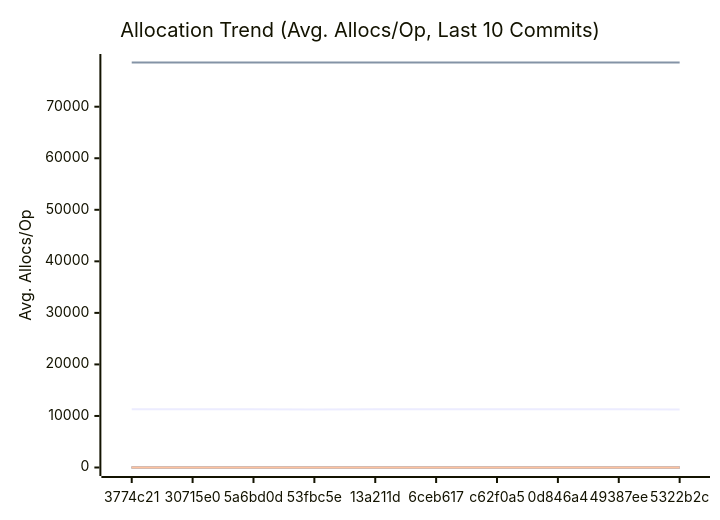
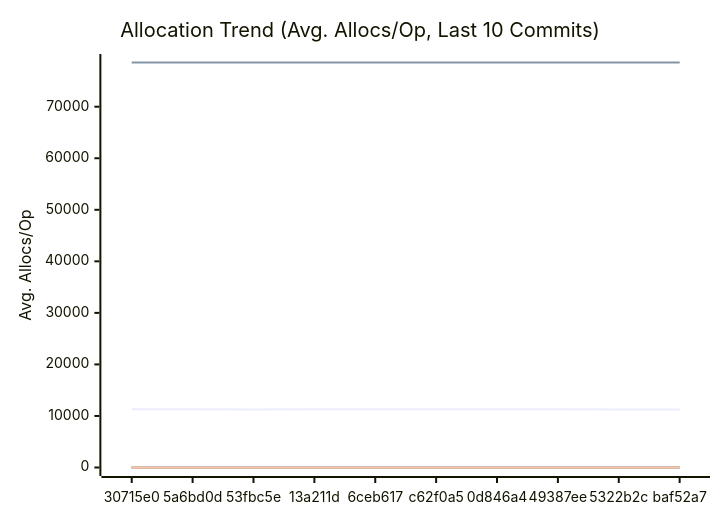
One commit to alsotoes/momo changed the third of 3 diagrams in docs/PERFORMANCE.md. Above: the diagram before and after it, drawn with Mermaid. The commit also changed other lines of this file and 2 other files, not shown here.

````diff
--- a/docs/PERFORMANCE.md
+++ b/docs/PERFORMANCE.md
@@ -197,20 +197,20 @@
 ```mermaid
 xychart-beta
     title "Allocation Trend (Avg. Allocs/Op, Last 10 Commits)"
     x-axis "Commit"
     y-axis "Avg. Allocs/Op"
-    x-axis [3774c21,30715e0,5a6bd0d,53fbc5e,13a211d,6ceb617,c62f0a5,0d846a4,49387ee,5322b2c]
-    line "AWSChunkedReaderSigned" [11296,11293,11281,11276,11278,11291,11281,11297,11281,11264]
-    line "AWSChunkedReaderUnsigned" [78563,78569,78577,78568,78570,78564,78574,78571,78567,78568]
+    x-axis [30715e0,5a6bd0d,53fbc5e,13a211d,6ceb617,c62f0a5,0d846a4,49387ee,5322b2c,baf52a7]
+    line "AWSChunkedReaderSigned" [11293,11281,11276,11278,11291,11281,11297,11281,11264,11269]
+    line "AWSChunkedReaderUnsigned" [78569,78577,78568,78570,78564,78574,78571,78567,78568,78569]
     line "CheckMetricsAndSwap" [0,0,0,0,0,0,0,0,0,0]
     line "CrushOptimized" [0,0,0,0,0,0,0,0,0,0]
     line "CrushOriginal" [3,3,3,3,3,3,3,3,3,3]
     line "IndexDirectTracking" [0,0,0,0,0,0,0,0,0,0]
     line "IndexSearch" [0,0,0,0,0,0,0,0,0,0]
     line "LoadGlobalConfig" [54,54,54,54,54,54,54,54,54,54]
     line "PadString" [1,1,1,1,1,1,1,1,1,1]
     line "ParseReplicationOrder_NoPrealloc" [6,6,6,6,6,5,5,5,5,5]
     line "ParseReplicationOrder_Prealloc" [2,2,2,2,2,1,1,1,1,1]
     line "SanitizeLog/Safe" [0,0,0,0,0,0,0,0,0,0]
     line "SanitizeLog/Unsafe" [1,1,1,1,1,1,1,1,1,1]
 ```
````
